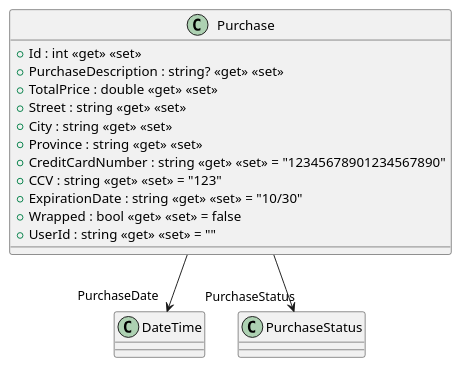
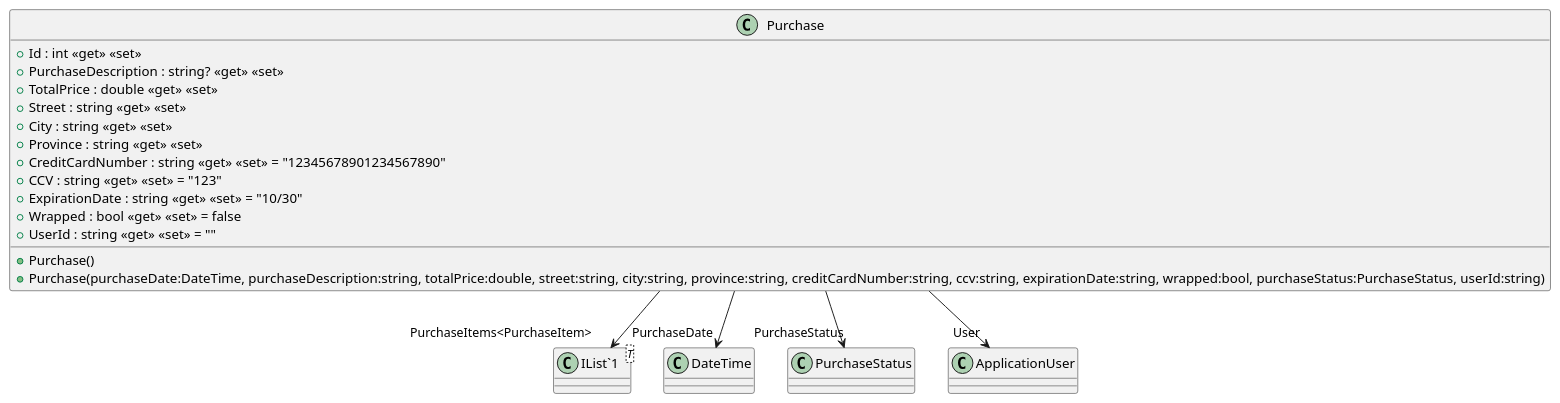
The diagram in src/AppForSEII.API/ClassDiagram/Purchase.puml (SEII2627SEALLUAN/SEII2627SEALLUAN), drawn with PlantUML before and after one commit. The commit also changed 10 other files, not shown here.

```diff
--- a/src/AppForSEII.API/ClassDiagram/Purchase.puml
+++ b/src/AppForSEII.API/ClassDiagram/Purchase.puml
@@ -1,17 +1,23 @@
 @startuml
 class Purchase {
+    + Purchase()
+    + Purchase(purchaseDate:DateTime, purchaseDescription:string, totalPrice:double, street:string, city:string, province:string, creditCardNumber:string, ccv:string, expirationDate:string, wrapped:bool, purchaseStatus:PurchaseStatus, userId:string)
     + Id : int <<get>> <<set>>
     + PurchaseDescription : string? <<get>> <<set>>
     + TotalPrice : double <<get>> <<set>>
     + Street : string <<get>> <<set>>
     + City : string <<get>> <<set>>
     + Province : string <<get>> <<set>>
     + CreditCardNumber : string <<get>> <<set>> = "12345678901234567890"
     + CCV : string <<get>> <<set>> = "123"
     + ExpirationDate : string <<get>> <<set>> = "10/30"
     + Wrapped : bool <<get>> <<set>> = false
     + UserId : string <<get>> <<set>> = ""
 }
+class "IList`1"<T> {
+}
 Purchase --> "PurchaseDate" DateTime
 Purchase --> "PurchaseStatus" PurchaseStatus
+Purchase --> "PurchaseItems<PurchaseItem>" "IList`1"
+Purchase --> "User" ApplicationUser
 @enduml
```
